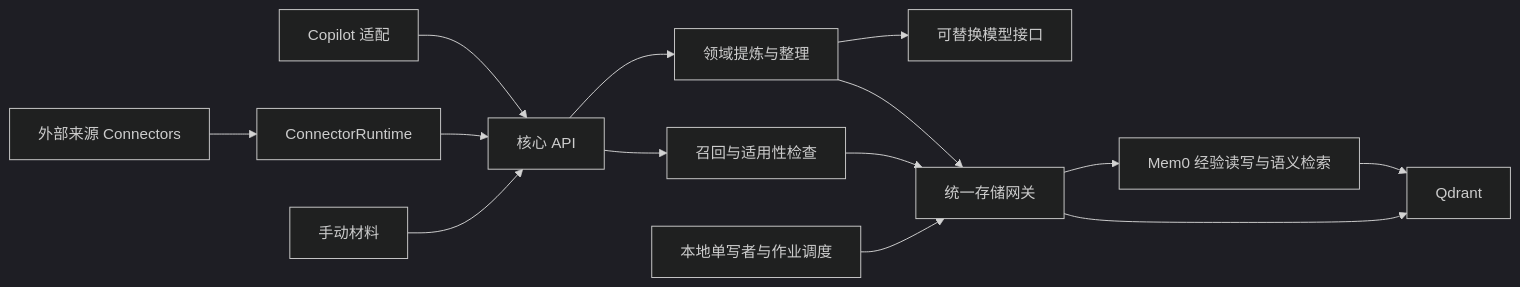
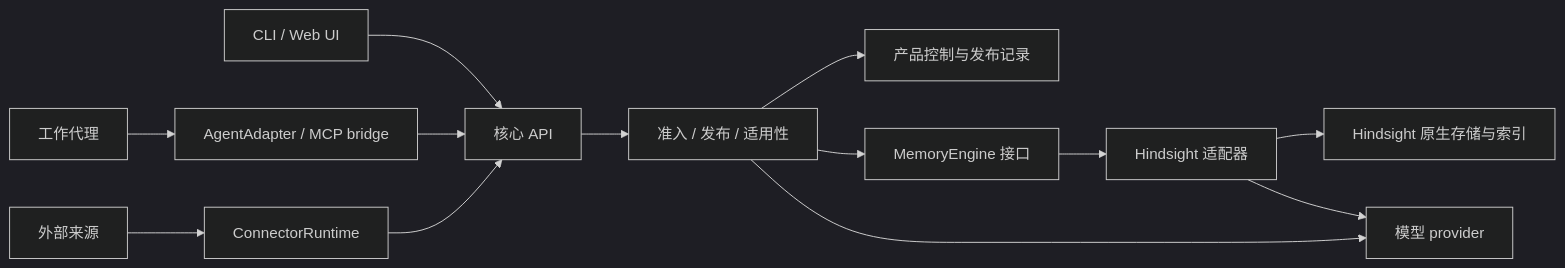
Before and after one commit to cubika/LessonLoop: the diagram in docs/03-architecture.md, drawn with Mermaid (dark theme). The commit also changed other lines of this file and 46 other files, not shown here.

````diff
--- a/docs/03-architecture.md
+++ b/docs/03-architecture.md
@@ -15,16 +9,15 @@
 ```mermaid
 flowchart LR
-    C[Copilot 适配] --> A[核心 API]
-    E[外部来源 Connectors] --> S[ConnectorRuntime]
-    S --> A
-    U[手动材料] --> A
-    A --> L[领域提炼与整理]
-    L --> P[可替换模型接口]
-    A --> R[召回与适用性检查]
-    L --> G[统一存储网关]
-    R --> G
-    J[本地单写者与作业调度] --> G
-    G --> M[Mem0 经验读写与语义检索]
-    M --> Q[Qdrant]
-    G --> Q
+    UI[CLI / Web UI] --> API[核心 API]
+    Agent[工作代理] --> Adapter[AgentAdapter / MCP bridge]
+    Adapter --> API
+    Sources[外部来源] --> Sync[ConnectorRuntime]
+    Sync --> API
+    API --> Policy[准入 / 发布 / 适用性]
+    Policy --> Control[产品控制与发布记录]
+    Policy --> Engine[MemoryEngine 接口]
+    Engine --> H[Hindsight 适配器]
+    H --> HStore[Hindsight 原生存储与索引]
+    H --> Provider[模型 provider]
+    Policy --> Provider
 ```
````
